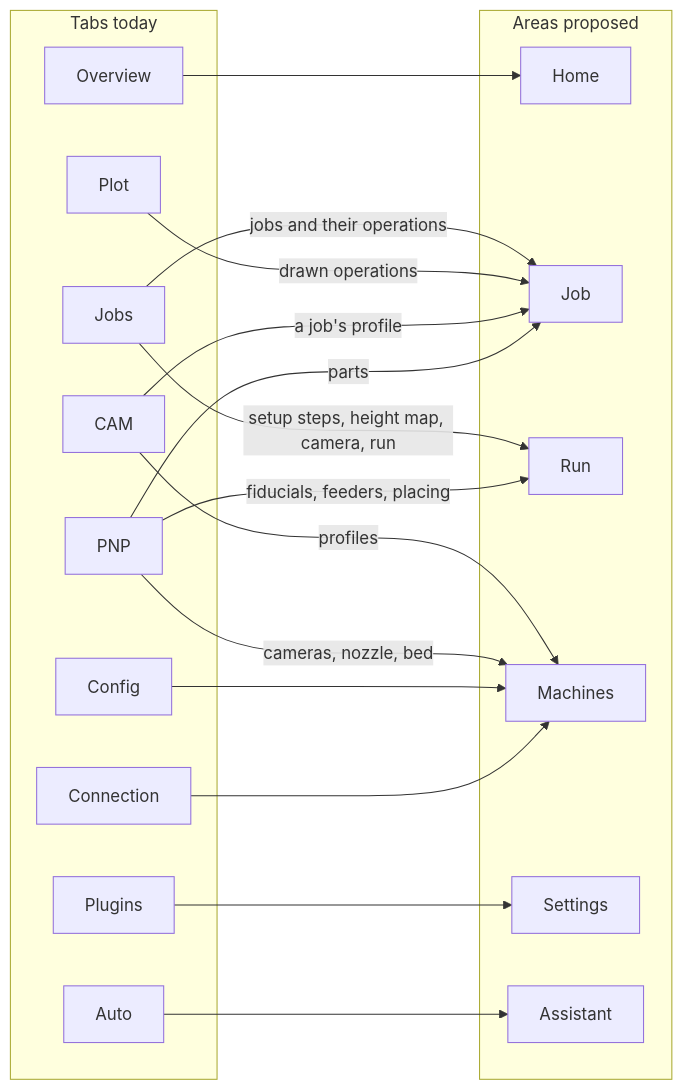
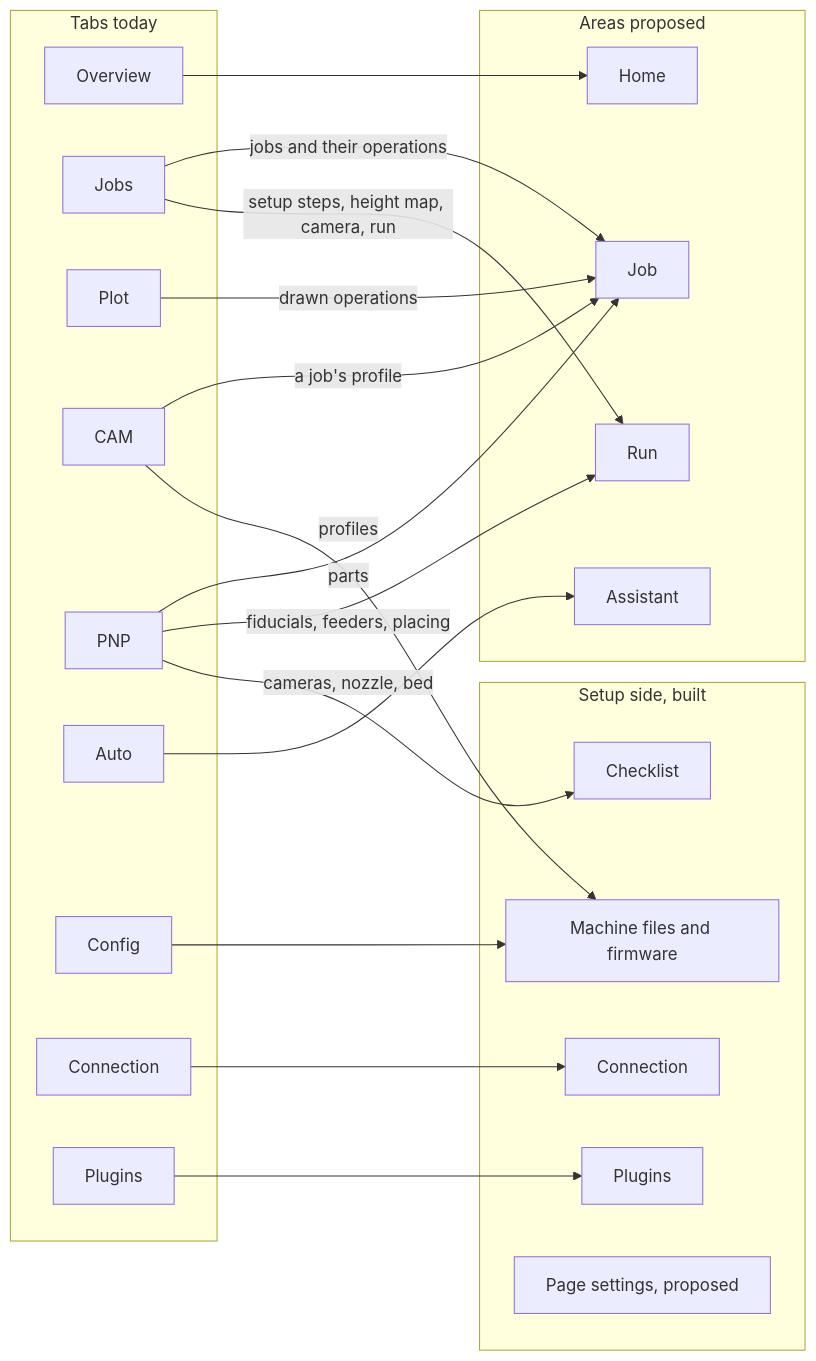
The diagram in docs/UI_REDESIGN.md (tmpk13/spinny-cnc), drawn with Mermaid before and after one commit. The commit also changed other lines of this file and 12 other files, not shown here.

First line of the commit message:
Docs: UI_SPLIT.md, the page's Use and Setup sides, with principle 14 and four figures

````diff
--- a/docs/UI_REDESIGN.md
+++ b/docs/UI_REDESIGN.md
@@ -110,35 +117,40 @@
 ```mermaid
 flowchart LR
     subgraph today [Tabs today]
         Overview
         Jobs
         Plot
         CAM
         PNP
         Auto
         Config
         Connection
         Plugins
     end
     subgraph proposed [Areas proposed]
         Home
         Job
         Run
-        Machines
-        Settings
         Assistant
+    end
+    subgraph setup [Setup side, built]
+        Checklist
+        SetupFiles[Machine files and firmware]
+        SetupConnection[Connection]
+        SetupPlugins[Plugins]
+        PageSettings[Page settings, proposed]
     end
     Overview --> Home
     Jobs -- "jobs and their operations" --> Job
     Jobs -- "setup steps, height map, camera, run" --> Run
     Plot -- "drawn operations" --> Job
     CAM -- "a job's profile" --> Job
-    CAM -- "profiles" --> Machines
+    CAM -- "profiles" --> SetupFiles
     PNP -- "parts" --> Job
     PNP -- "fiducials, feeders, placing" --> Run
-    PNP -- "cameras, nozzle, bed" --> Machines
+    PNP -- "cameras, nozzle, bed" --> Checklist
     Auto --> Assistant
-    Config --> Machines
-    Connection --> Machines
-    Plugins --> Settings
+    Config --> SetupFiles
+    Connection --> SetupConnection
+    Plugins --> SetupPlugins
 ```
````
